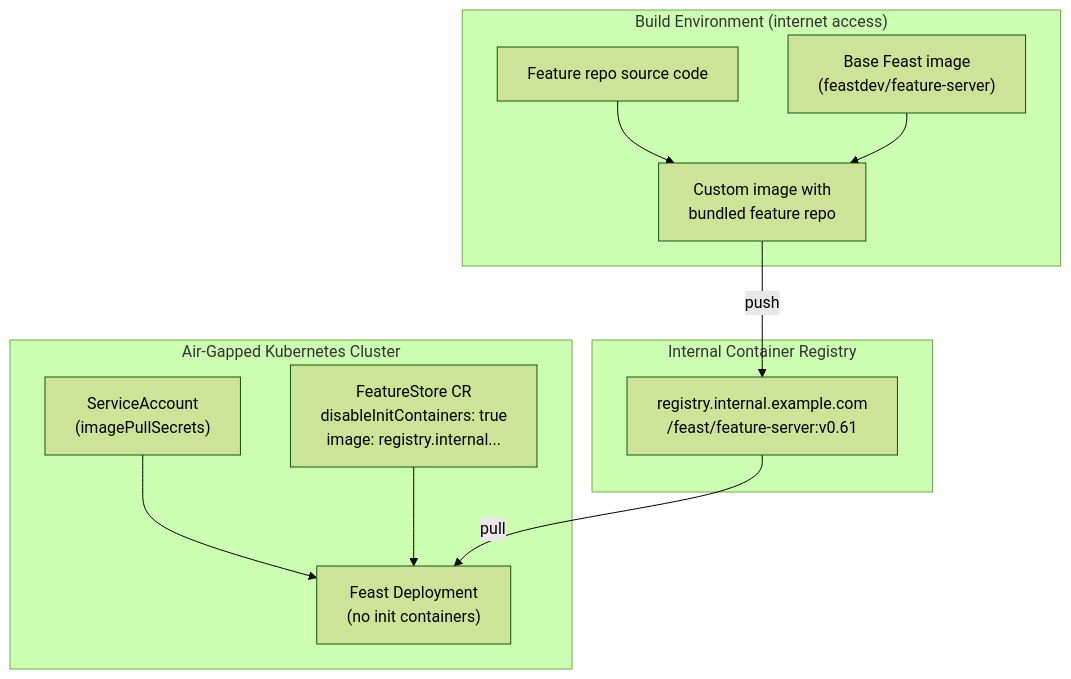
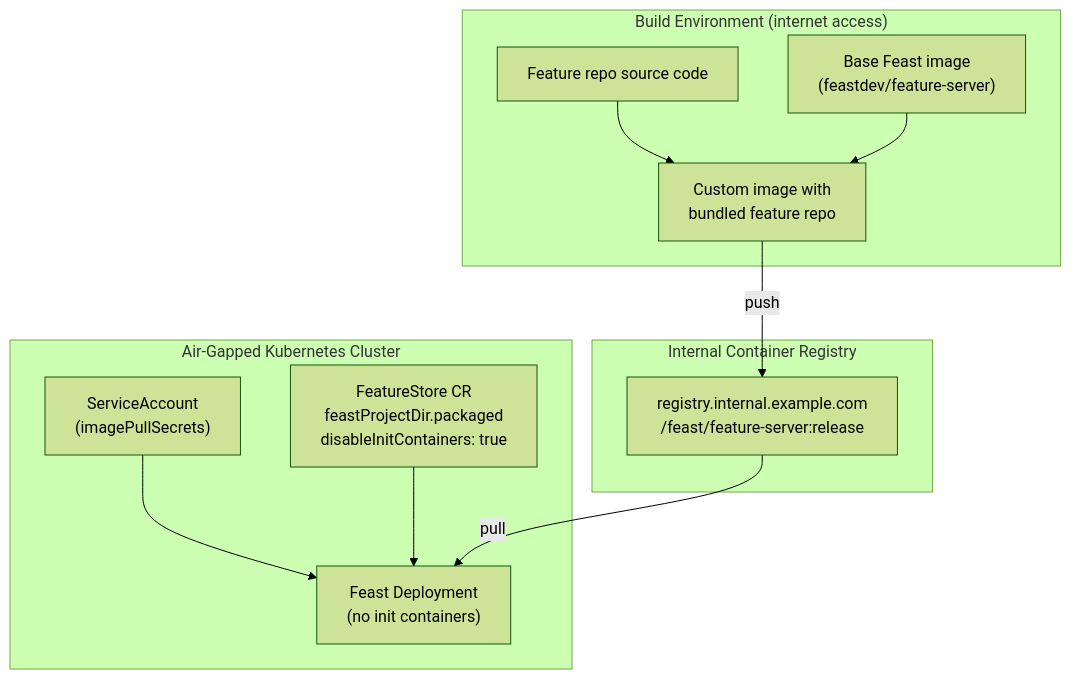
The seventh of 11 diagrams in docs/how-to-guides/production-deployment-topologies.md (feast-dev/feast), drawn with Mermaid (forest theme) before and after one commit. The commit also changed other lines of this file and 20 other files, not shown here.

First line of the commit message:
feat: Add packaged feature repository support to Feast Operator

````diff
--- a/docs/how-to-guides/production-deployment-topologies.md
+++ b/docs/how-to-guides/production-deployment-topologies.md
@@ -1078,25 +1081,25 @@
 ```mermaid
 graph TD
     subgraph BuildEnv["Build Environment (internet access)"]
         Code["Feature repo source code"]
         Base["Base Feast image<br/>(feastdev/feature-server)"]
         Custom["Custom image with<br/>bundled feature repo"]
         Code --> Custom
         Base --> Custom
     end
 
     subgraph InternalRegistry["Internal Container Registry"]
-        Mirror["registry.internal.example.com<br/>/feast/feature-server:v0.61"]
+        Mirror["registry.internal.example.com<br/>/feast/feature-server:release"]
     end
 
     subgraph AirGappedCluster["Air-Gapped Kubernetes Cluster"]
         SA["ServiceAccount<br/>(imagePullSecrets)"]
-        CR["FeatureStore CR<br/>disableInitContainers: true<br/>image: registry.internal..."]
+        CR["FeatureStore CR<br/>feastProjectDir.packaged<br/>disableInitContainers: true"]
         Deploy["Feast Deployment<br/>(no init containers)"]
         SA --> Deploy
         CR --> Deploy
     end
 
     Custom -->|push| Mirror
     Mirror -->|pull| Deploy
 ```
````
